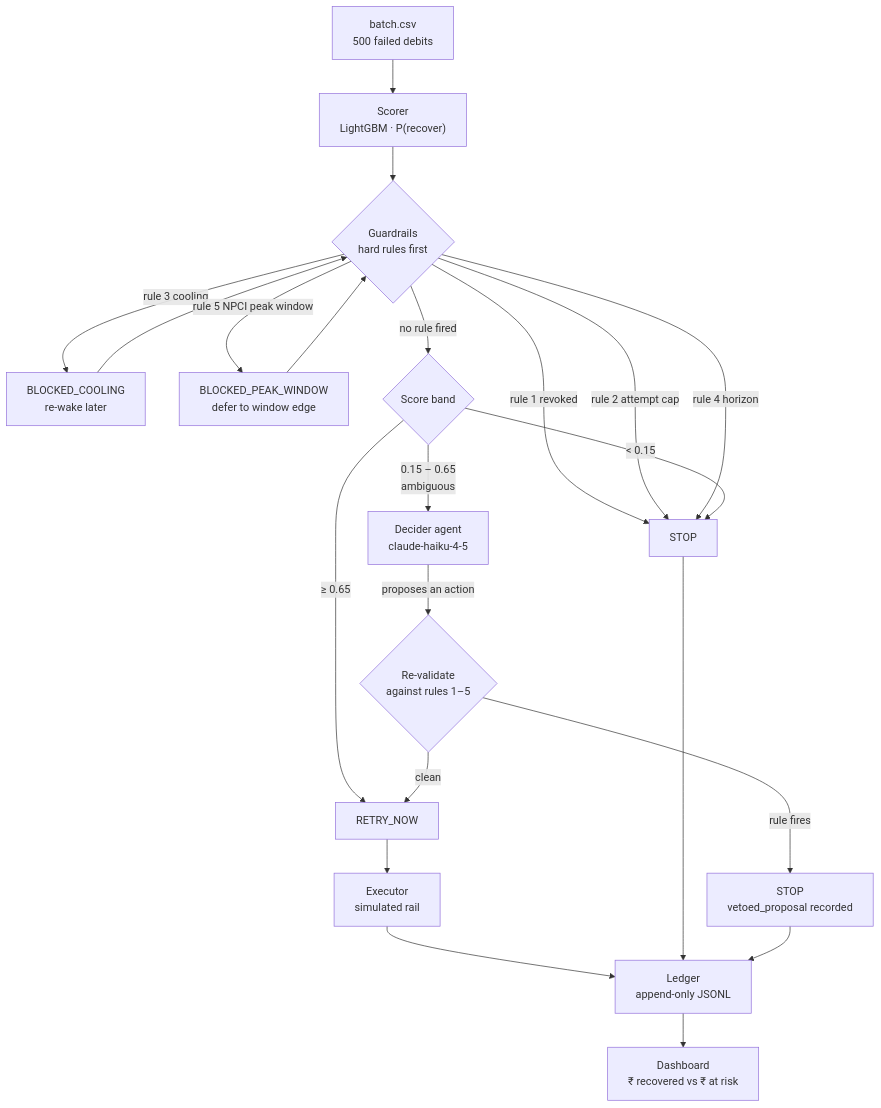
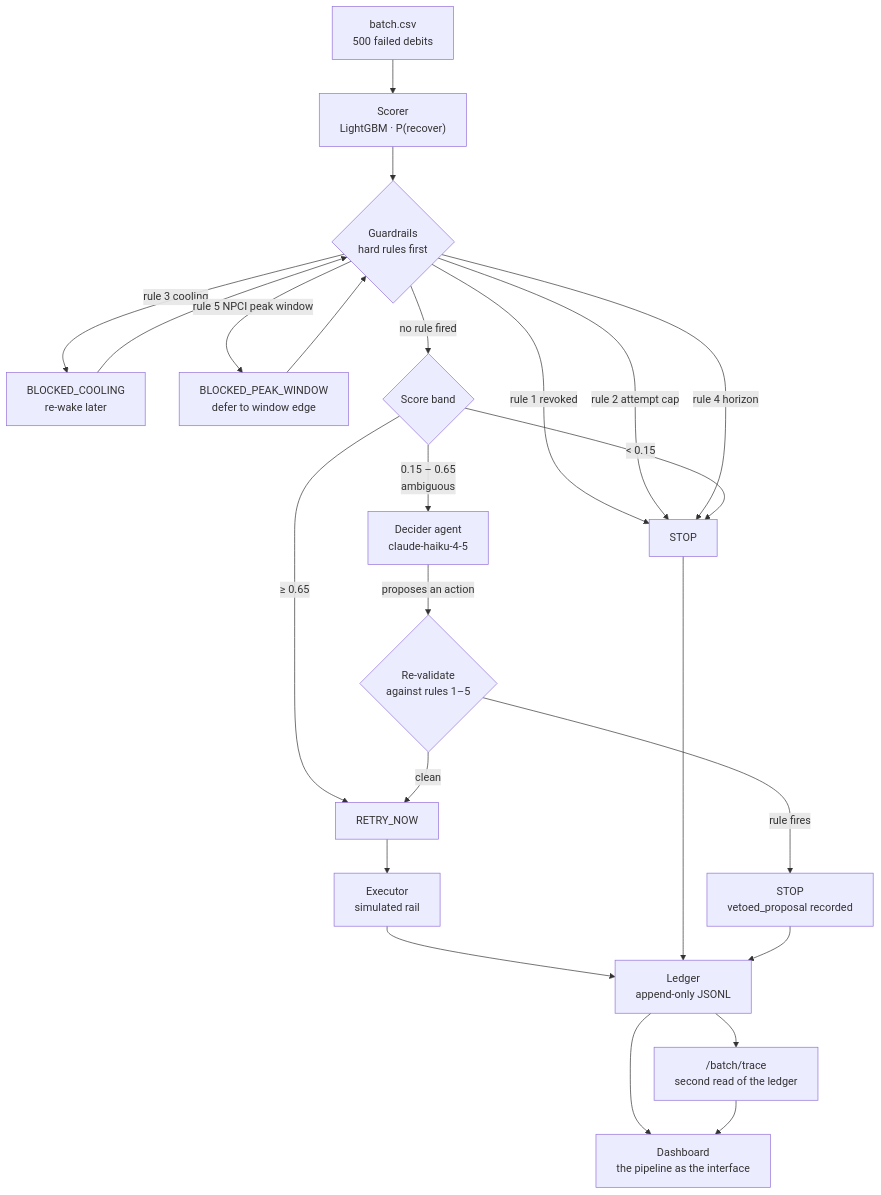
The diagram in ARCHITECTURE.md (Maaadhavq/mandate-retry-sequencer), drawn with Mermaid before and after one commit. The commit also changed other lines of this file and 2 other files, not shown here.

Commit message:
Rulebook and flow polish; ARCHITECTURE.md mentions the trace and the new dashboard
Rule 5's card keeps its stats beside the provenance instead of drifting to the bottom.
The flow's entry legend is always shown so the thin "score >= 0.65" bucket is never lost
in the Sankey.

````diff
--- a/ARCHITECTURE.md
+++ b/ARCHITECTURE.md
@@ -31,28 +31,30 @@
 ```mermaid
 flowchart TD
     A["batch.csv<br/>500 failed debits"] --> B["Scorer<br/>LightGBM · P(recover)"]
     B --> C{"Guardrails<br/>hard rules first"}
 
     C -->|"rule 1 revoked"| S["STOP"]
     C -->|"rule 2 attempt cap"| S
     C -->|"rule 3 cooling"| W["BLOCKED_COOLING<br/>re-wake later"]
     C -->|"rule 4 horizon"| S
     C -->|"rule 5 NPCI peak window"| P["BLOCKED_PEAK_WINDOW<br/>defer to window edge"]
 
     C -->|"no rule fired"| D{"Score band"}
     D -->|"≥ 0.65"| E["RETRY_NOW"]
     D -->|"< 0.15"| S
     D -->|"0.15 – 0.65<br/>ambiguous"| F["Decider agent<br/>claude-haiku-4-5"]
 
     F -->|"proposes an action"| G{"Re-validate<br/>against rules 1–5"}
     G -->|"rule fires"| V["STOP<br/>vetoed_proposal recorded"]
     G -->|"clean"| E
 
     E --> H["Executor<br/>simulated rail"]
     W --> C
     P --> C
     H --> I["Ledger<br/>append-only JSONL"]
     S --> I
     V --> I
-    I --> J["Dashboard<br/>₹ recovered vs ₹ at risk"]
+    I --> J["Dashboard<br/>the pipeline as the interface"]
+    I --> T["/batch/trace<br/>second read of the ledger"]
+    T --> J
 ```
````
